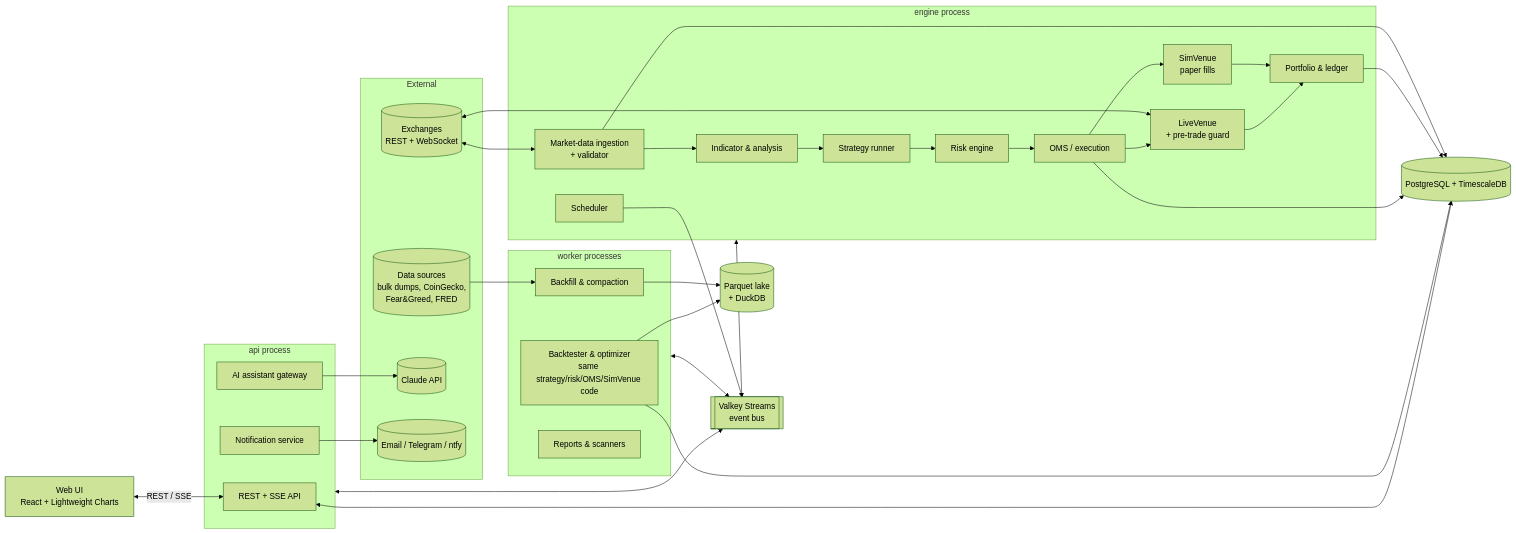
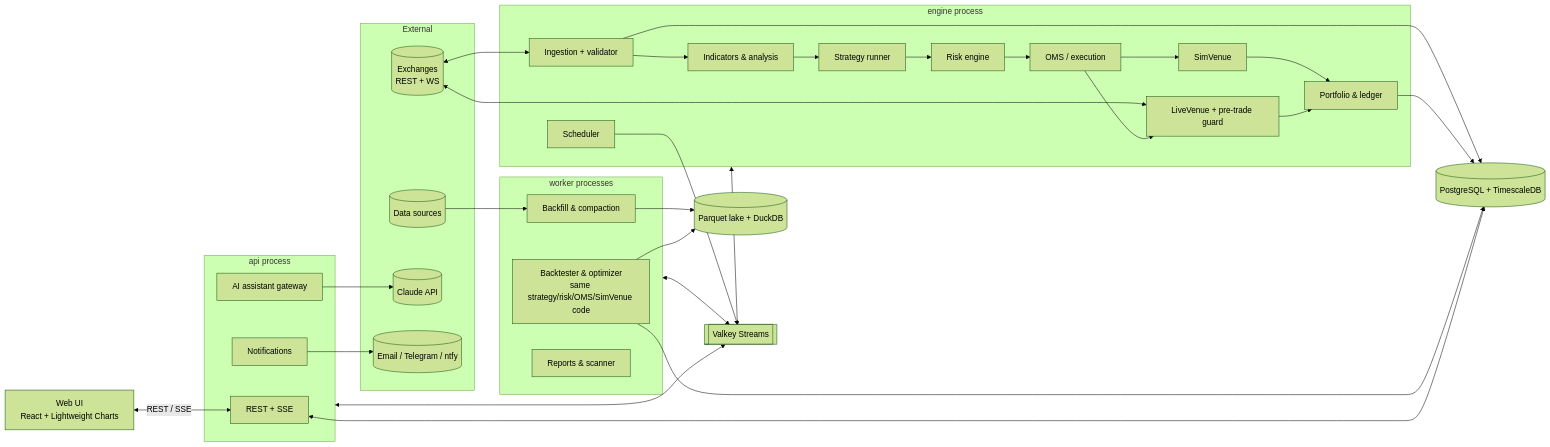
The first of 3 diagrams in docs/planning/06-data-and-architecture.md (richiesomething/Ubik), drawn with Mermaid (forest theme) before and after one commit. The commit also changed other lines of this file and 2 other files, not shown here.

````diff
--- a/docs/planning/06-data-and-architecture.md
+++ b/docs/planning/06-data-and-architecture.md
@@ -261,57 +250,54 @@
 ```mermaid
 flowchart LR
   subgraph EXT[External]
-    EX[(Exchanges<br/>REST + WebSocket)]
-    DSRC[(Data sources<br/>bulk dumps, CoinGecko,<br/>Fear&Greed, FRED)]
+    EX[(Exchanges<br/>REST + WS)]
+    DSRC[(Data sources)]
     LLM[(Claude API)]
     PUSH[(Email / Telegram / ntfy)]
   end
   subgraph ENG[engine process]
-    ING[Market-data ingestion<br/>+ validator]
-    IND[Indicator & analysis]
+    ING[Ingestion + validator]
+    IND[Indicators & analysis]
     STR[Strategy runner]
     RISK[Risk engine]
     OMS[OMS / execution]
-    SIM[SimVenue<br/>paper fills]
-    LIVE[LiveVenue<br/>+ pre-trade guard]
+    SIM[SimVenue]
+    LIVE[LiveVenue + pre-trade guard]
     LED[Portfolio & ledger]
     SCH[Scheduler]
   end
   subgraph WRK[worker processes]
     BT[Backtester & optimizer<br/>same strategy/risk/OMS/SimVenue code]
     BF[Backfill & compaction]
-    REP[Reports & scanners]
+    REP[Reports & scanner]
   end
   subgraph APIP[api process]
-    API[REST + SSE API]
+    API[REST + SSE]
     AST[AI assistant gateway]
-    NOTI[Notification service]
+    NOTI[Notifications]
   end
   UI[Web UI<br/>React + Lightweight Charts]
   PG[(PostgreSQL + TimescaleDB)]
-  LAKE[(Parquet lake<br/>+ DuckDB)]
-  BUS[[Valkey Streams<br/>event bus]]
+  LAKE[(Parquet lake + DuckDB)]
+  BUS[[Valkey Streams]]
 
   EX <--> ING
   EX <--> LIVE
   DSRC --> BF
   ING --> IND --> STR --> RISK --> OMS
-  OMS --> SIM
-  OMS --> LIVE
-  SIM --> LED
-  LIVE --> LED
+  OMS --> SIM --> LED
+  OMS --> LIVE --> LED
   ING --> PG
   LED --> PG
-  OMS --> PG
   BF --> LAKE
   BT --> LAKE
   BT --> PG
   ENG <--> BUS
   WRK <--> BUS
   APIP <--> BUS
   API <--> PG
   UI <-->|REST / SSE| API
   AST --> LLM
   NOTI --> PUSH
   SCH --> BUS
 ```
````
